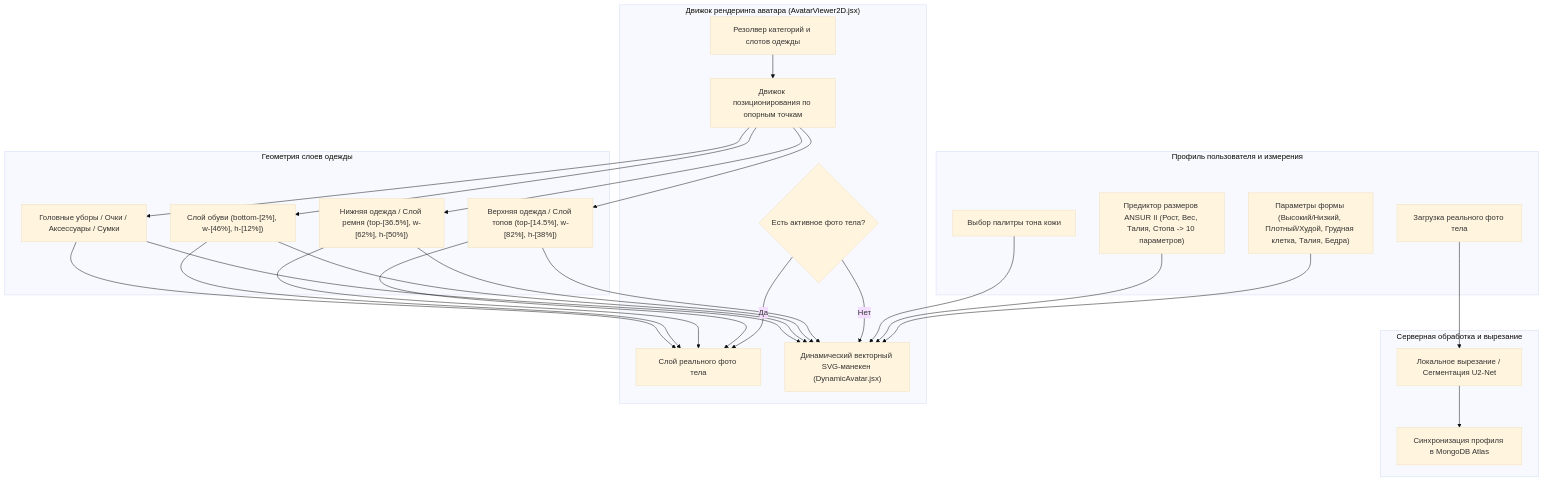
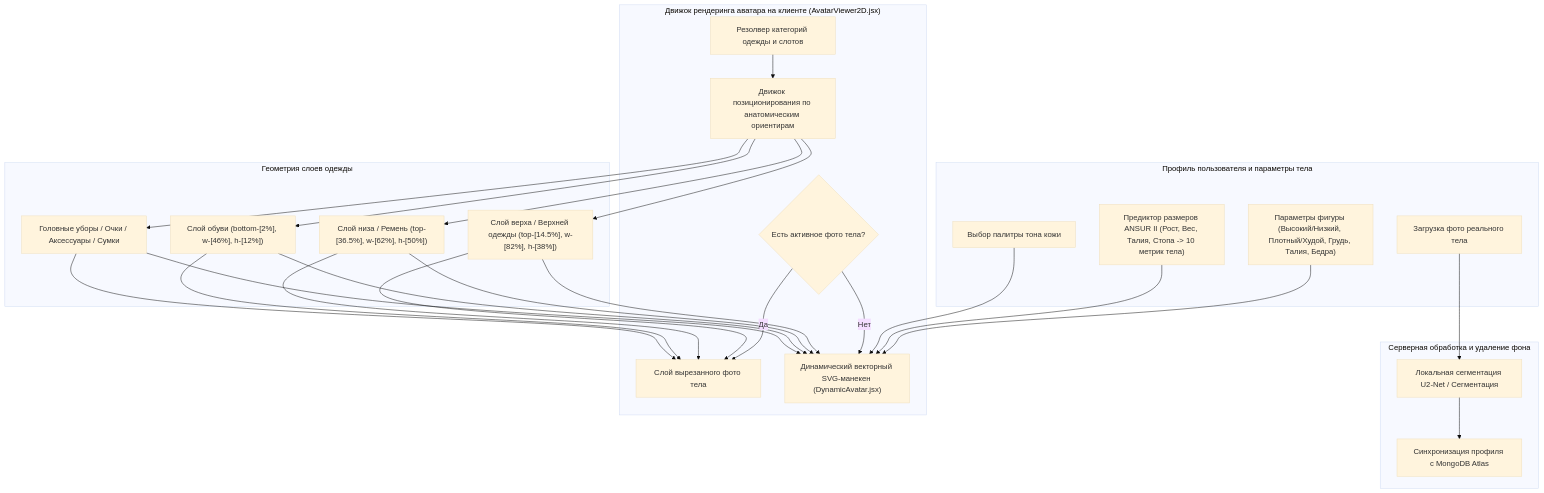
One commit to Yoram-Jacobs/DressAppV1 changed the diagram in wiki/ru/Avatar.md. Above: the diagram before and after it, drawn with Mermaid (base theme). The commit also changed other lines of this file and 11 other files, not shown here.

Commit message:
docs(i18n): translate Avatar.md architecture guide across all 12 supported languages

````diff
--- a/wiki/ru/Avatar.md
+++ b/wiki/ru/Avatar.md
@@ -17,41 +17,41 @@
 ```mermaid
 flowchart TD
-    subgraph UserProfile["Профиль пользователя и измерения"]
-        U_Photo["Загрузка реального фото тела"]
+    subgraph UserProfile["Профиль пользователя и параметры тела"]
+        U_Photo["Загрузка фото реального тела"]
         U_Tone["Выбор палитры тона кожи"]
-        U_Params["Параметры формы (Высокий/Низкий, Плотный/Худой, Грудная клетка, Талия, Бедра)"]
-        U_Sizing["Предиктор размеров ANSUR II (Рост, Вес, Талия, Стопа -> 10 параметров)"]
+        U_Params["Параметры фигуры (Высокий/Низкий, Плотный/Худой, Грудь, Талия, Бедра)"]
+        U_Sizing["Предиктор размеров ANSUR II (Рост, Вес, Талия, Стопа -> 10 метрик тела)"]
     end
 
-    subgraph BackendIngest["Серверная обработка и вырезание"]
-        Rembg["Локальное вырезание / Сегментация U2-Net"]
-        Mongo["Синхронизация профиля в MongoDB Atlas"]
+    subgraph BackendIngest["Серверная обработка и удаление фона"]
+        Rembg["Локальная сегментация U2-Net / Сегментация"]
+        Mongo["Синхронизация профиля с MongoDB Atlas"]
     end
 
-    subgraph AvatarEngine["Движок рендеринга аватара (AvatarViewer2D.jsx)"]
+    subgraph AvatarEngine["Движок рендеринга аватара на клиенте (AvatarViewer2D.jsx)"]
         ModeCheck{"Есть активное фото тела?"}
-        PhotoView["Слой реального фото тела"]
+        PhotoView["Слой вырезанного фото тела"]
         MannequinView["Динамический векторный SVG-манекен (DynamicAvatar.jsx)"]
         
-        GarmentResolver["Резолвер категорий и слотов одежды"]
-        LandmarkCalc["Движок позиционирования по опорным точкам"]
+        GarmentResolver["Резолвер категорий одежды и слотов"]
+        LandmarkCalc["Движок позиционирования по анатомическим ориентирам"]
     end
 
     subgraph OverlayGeometry["Геометрия слоев одежды"]
-        TopLayer["Верхняя одежда / Слой топов (top-[14.5%], w-[82%], h-[38%])"]
-        BottomLayer["Нижняя одежда / Слой ремня (top-[36.5%], w-[62%], h-[50%])"]
+        TopLayer["Слой верха / Верхней одежды (top-[14.5%], w-[82%], h-[38%])"]
+        BottomLayer["Слой низа / Ремень (top-[36.5%], w-[62%], h-[50%])"]
         ShoesLayer["Слой обуви (bottom-[2%], w-[46%], h-[12%])"]
         AccessoryLayers["Головные уборы / Очки / Аксессуары / Сумки"]
     end
 
     U_Photo --> Rembg --> Mongo
     U_Params & U_Sizing --> MannequinView
     U_Tone --> MannequinView
     
     ModeCheck -- Да --> PhotoView
     ModeCheck -- Нет --> MannequinView
 
     GarmentResolver --> LandmarkCalc
     LandmarkCalc --> TopLayer & BottomLayer & ShoesLayer & AccessoryLayers
     TopLayer & BottomLayer & ShoesLayer & AccessoryLayers --> PhotoView & MannequinView
 ```
````
